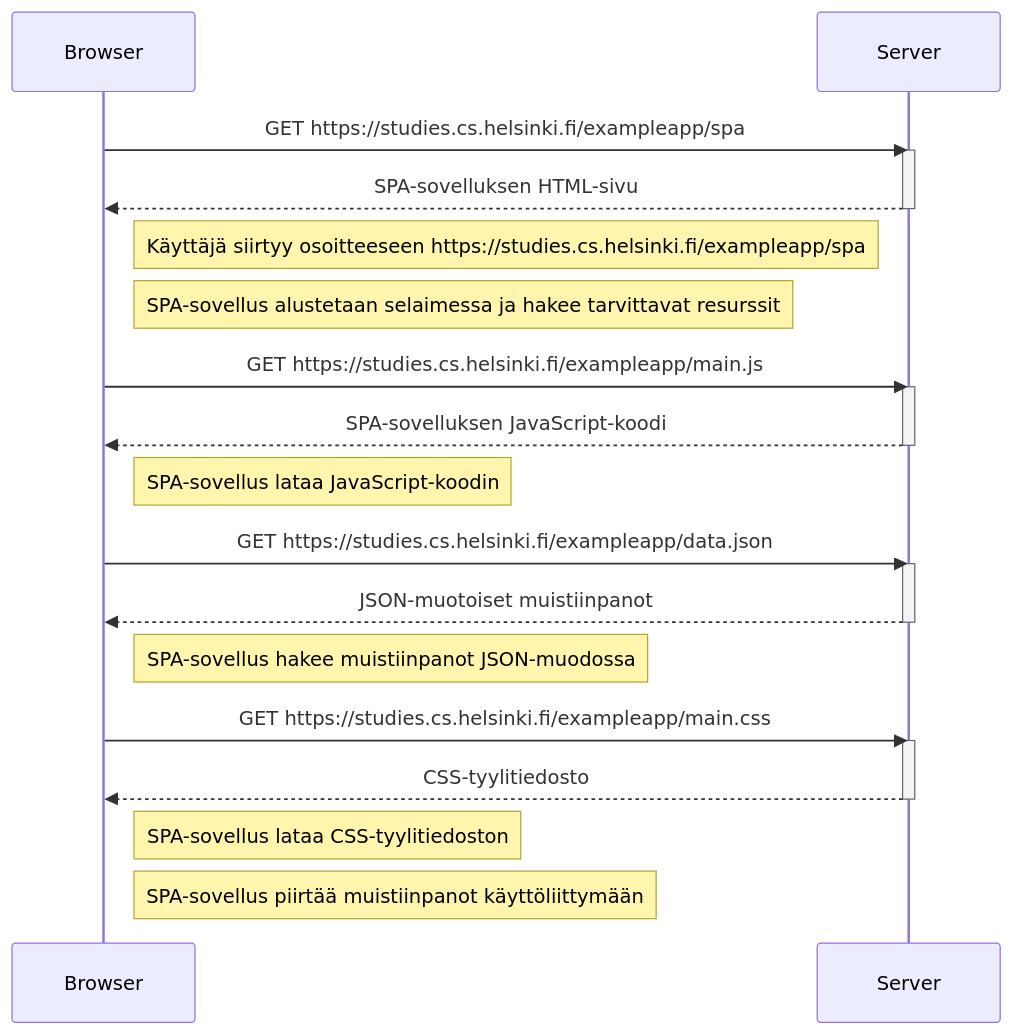
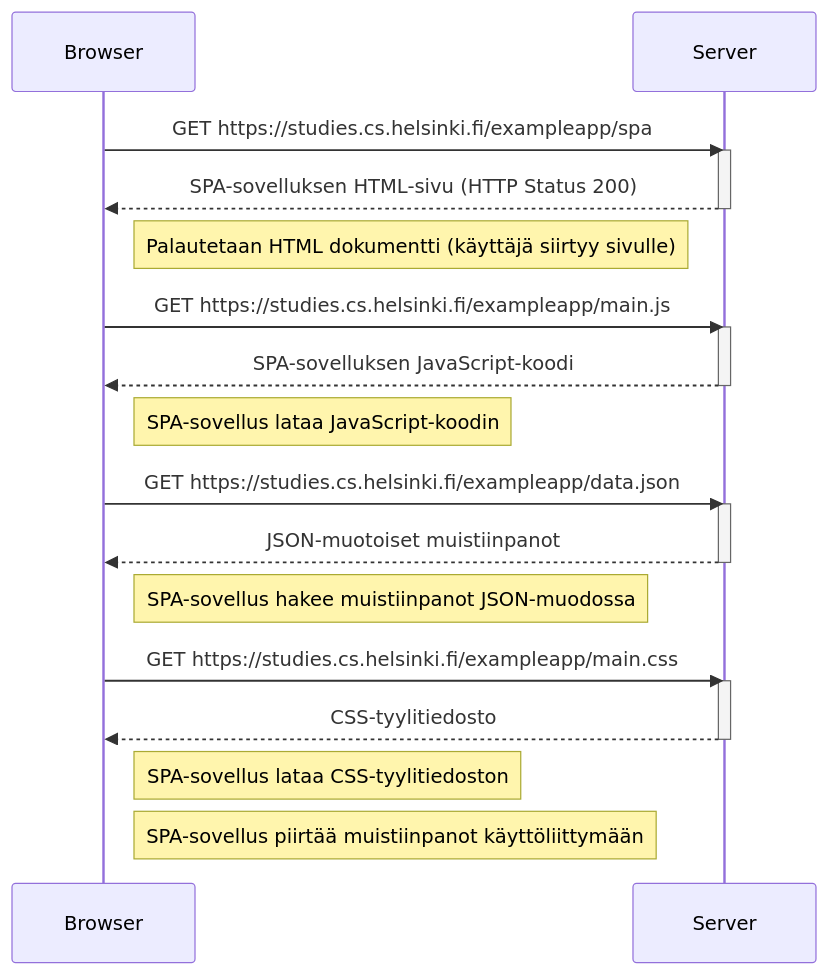
The diagram in osa0/0.5.md (TeemuStew/fullstack-mooc), drawn with Mermaid before and after one commit.

````diff
--- a/osa0/0.5.md
+++ b/osa0/0.5.md
@@ -1,41 +1,39 @@
 ```mermaid
 sequenceDiagram
     participant Browser
     participant Server
 
     Browser->>Server: GET https://studies.cs.helsinki.fi/exampleapp/spa
     activate Server
 
-    Server-->>Browser: SPA-sovelluksen HTML-sivu
+    Server-->>Browser: SPA-sovelluksen HTML-sivu (HTTP Status 200)
     deactivate Server
 
-    Note right of Browser: Käyttäjä siirtyy osoitteeseen https://studies.cs.helsinki.fi/exampleapp/spa
-
-    Note right of Browser: SPA-sovellus alustetaan selaimessa ja hakee tarvittavat resurssit
+    Note right of Browser: Palautetaan HTML dokumentti (käyttäjä siirtyy sivulle)
 
     Browser->>Server: GET https://studies.cs.helsinki.fi/exampleapp/main.js
     activate Server
 
     Server-->>Browser: SPA-sovelluksen JavaScript-koodi
     deactivate Server
 
     Note right of Browser: SPA-sovellus lataa JavaScript-koodin
 
     Browser->>Server: GET https://studies.cs.helsinki.fi/exampleapp/data.json
     activate Server
 
     Server-->>Browser: JSON-muotoiset muistiinpanot
     deactivate Server
 
     Note right of Browser: SPA-sovellus hakee muistiinpanot JSON-muodossa
 
     Browser->>Server: GET https://studies.cs.helsinki.fi/exampleapp/main.css
     activate Server
 
     Server-->>Browser: CSS-tyylitiedosto
     deactivate Server
 
     Note right of Browser: SPA-sovellus lataa CSS-tyylitiedoston
 
     Note right of Browser: SPA-sovellus piirtää muistiinpanot käyttöliittymään
 ```
````
